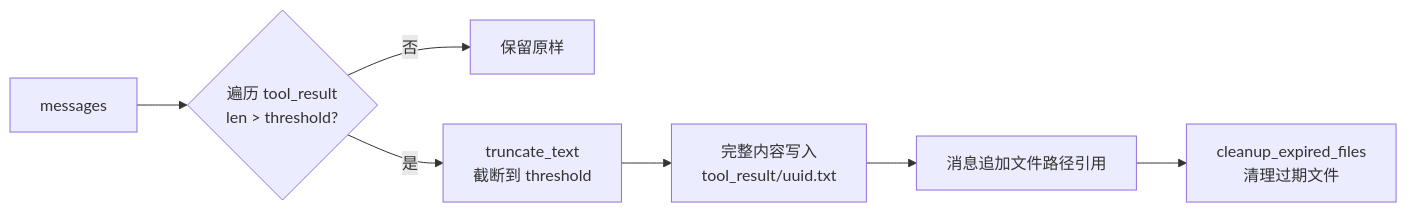
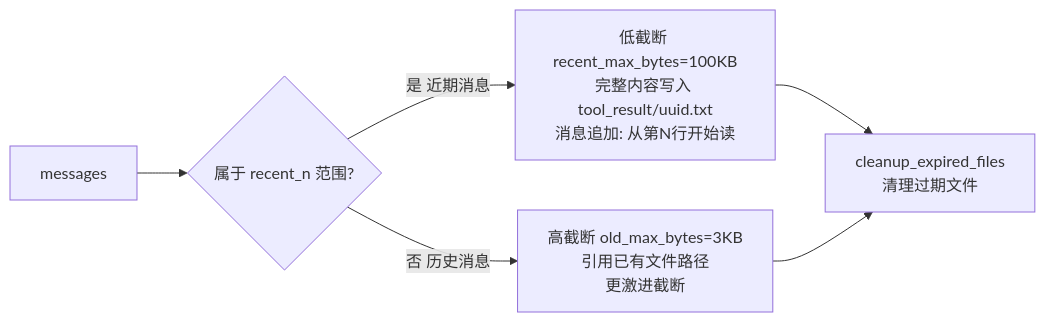
The sixth of 10 diagrams in README_ZH.md (lllyyysss77/ReMe), drawn with Mermaid before and after one commit. The commit also changed other lines of this file and 1 other file, not shown here.

````diff
--- a/README_ZH.md
+++ b/README_ZH.md
@@ -316,9 +331,8 @@
 ```mermaid
 graph LR
-    M[messages] --> L{遍历 tool_result<br>len > threshold?}
-    L -->|否| K[保留原样]
-    L -->|是| T[truncate_text<br>截断到 threshold]
-    T --> S[完整内容写入<br>tool_result/uuid.txt]
-    S --> R[消息追加文件路径引用]
-    R --> C[cleanup_expired_files<br>清理过期文件]
+    M[messages] --> B{属于 recent_n 范围?}
+    B -->|是 近期消息| C[低截断 recent_max_bytes=100KB<br>完整内容写入 tool_result/uuid.txt<br>消息追加: 从第N行开始读]
+    B -->|否 历史消息| D[高截断 old_max_bytes=3KB<br>引用已有文件路径<br>更激进截断]
+    C --> E[cleanup_expired_files<br>清理过期文件]
+    D --> E
 ```
````
